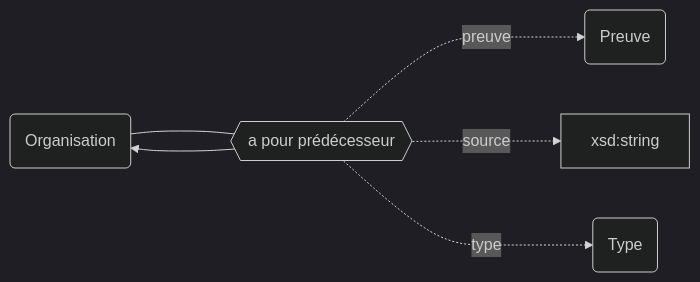
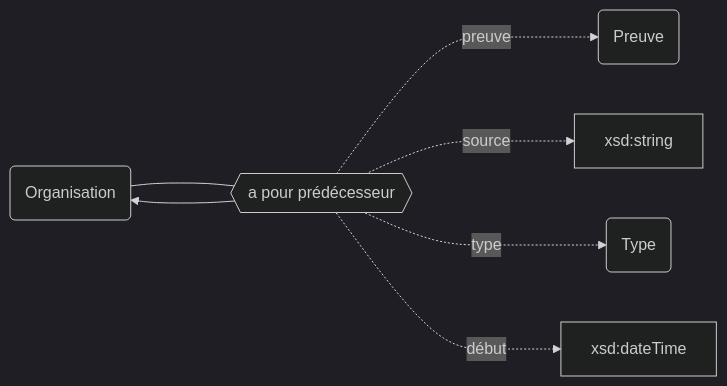
The first of 2 diagrams in docs/Modélisation Movies/Description des établissements/Généalogie des établissements/Généalogie des établissements.md (abes-esr/movies-documentation), drawn with Mermaid (dark theme) before and after one commit. The commit also changed other lines of this file, not shown here.

Commit message:
fix: date de début

````diff
--- a/docs/Modélisation Movies/Description des établissements/Généalogie des établissements/Généalogie des établissements.md
+++ b/docs/Modélisation Movies/Description des établissements/Généalogie des établissements/Généalogie des établissements.md
@@ -13,12 +13,13 @@
 ```mermaid
 graph LR
     ORG("Organisation")
     PRED{{a pour prédécesseur}}
     P(Preuve)
     T(Type)
 
     ORG ---- PRED ---> ORG
     PRED -..-> |preuve| P
     PRED -..-> |source| xsd:string
     PRED -..-> |type| T
+    PRED  -..-> |début| xsd:dateTime 
 ```
````
